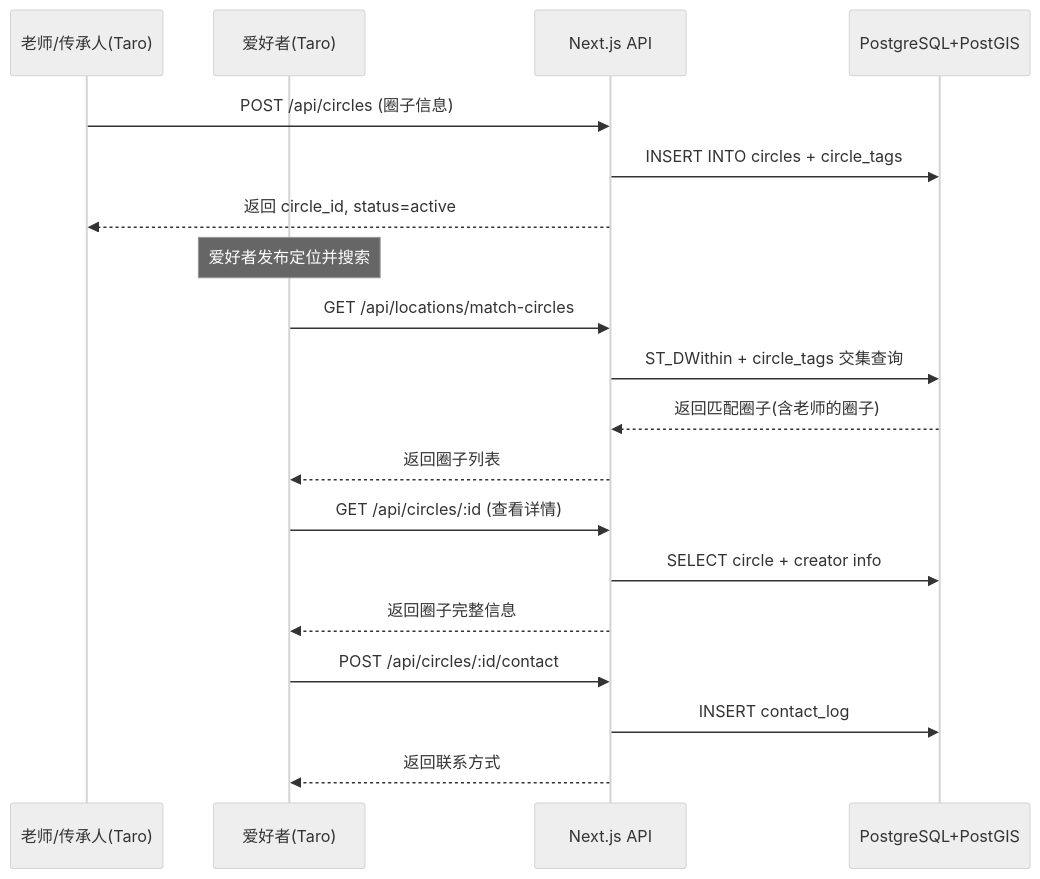
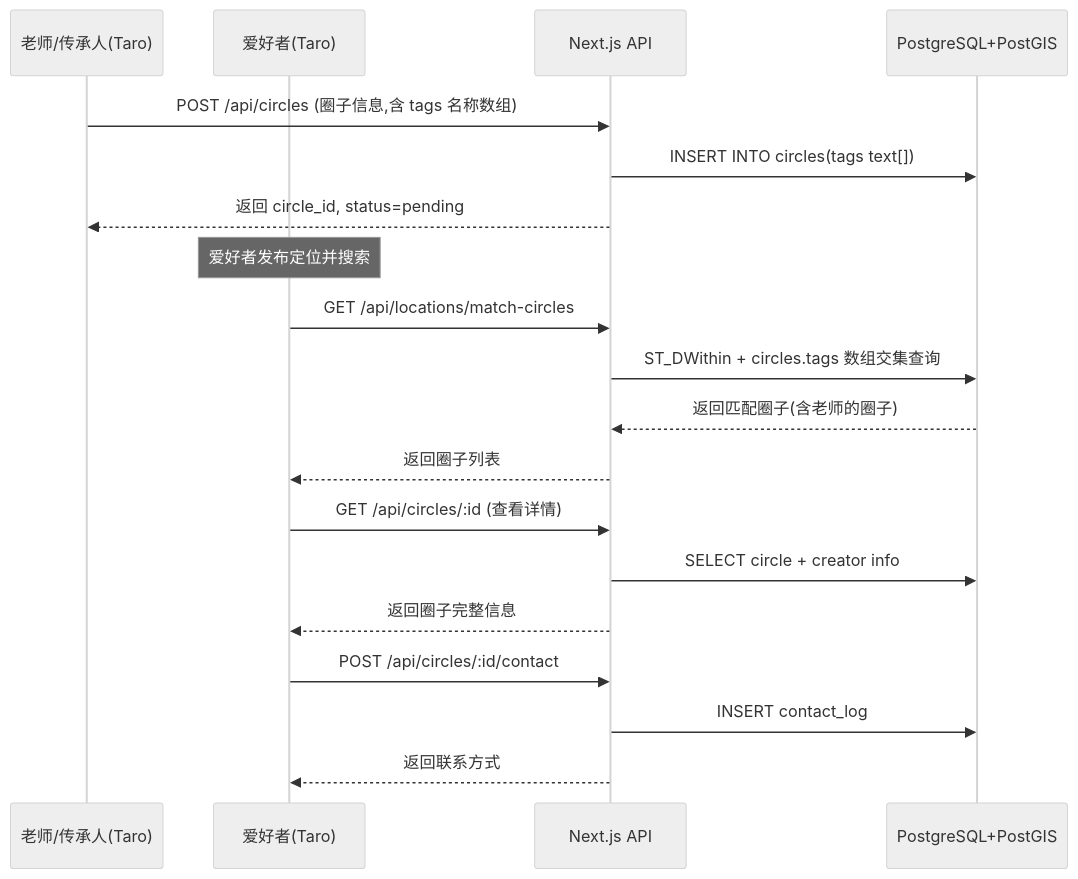
Before and after one commit to shine-apps/frenquency_circle: diagram 11 of 11 in docs/functional-design.md, drawn with Mermaid (neutral theme). The commit also changed other lines of this file and 153 other files, not shown here.

````diff
--- a/docs/functional-design.md
+++ b/docs/functional-design.md
@@ -878,26 +876,26 @@
 ```mermaid
 sequenceDiagram
     participant T as 老师/传承人(Taro)
     participant H as 爱好者(Taro)
     participant API as Next.js API
     participant DB as PostgreSQL+PostGIS
 
-    T->>API: POST /api/circles (圈子信息)
-    API->>DB: INSERT INTO circles + circle_tags
-    API-->>T: 返回 circle_id, status=active
+    T->>API: POST /api/circles (圈子信息,含 tags 名称数组)
+    API->>DB: INSERT INTO circles(tags text[])
+    API-->>T: 返回 circle_id, status=pending
 
     Note over H: 爱好者发布定位并搜索
 
     H->>API: GET /api/locations/match-circles
-    API->>DB: ST_DWithin + circle_tags 交集查询
+    API->>DB: ST_DWithin + circles.tags 数组交集查询
     DB-->>API: 返回匹配圈子(含老师的圈子)
     API-->>H: 返回圈子列表
 
     H->>API: GET /api/circles/:id (查看详情)
     API->>DB: SELECT circle + creator info
     API-->>H: 返回圈子完整信息
 
     H->>API: POST /api/circles/:id/contact
     API->>DB: INSERT contact_log
     API-->>H: 返回联系方式
 ```
````
